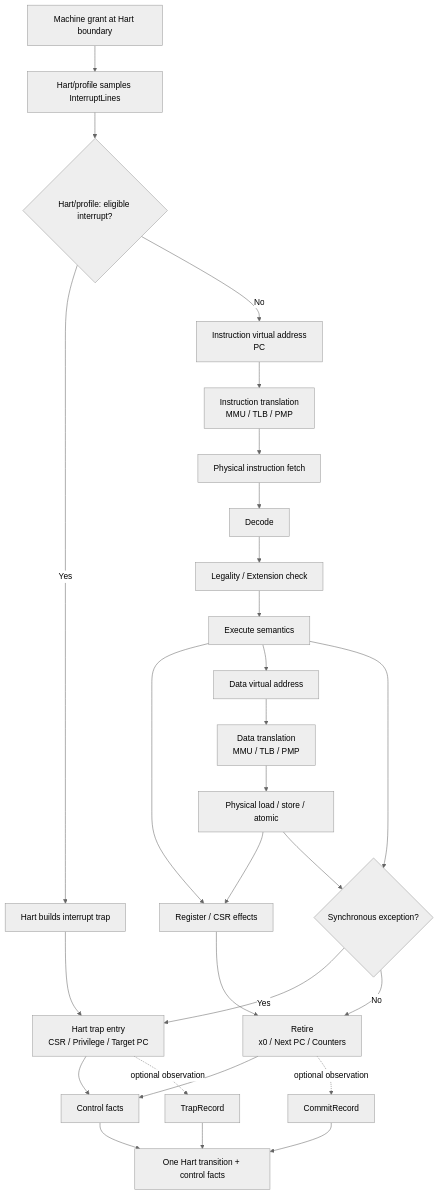
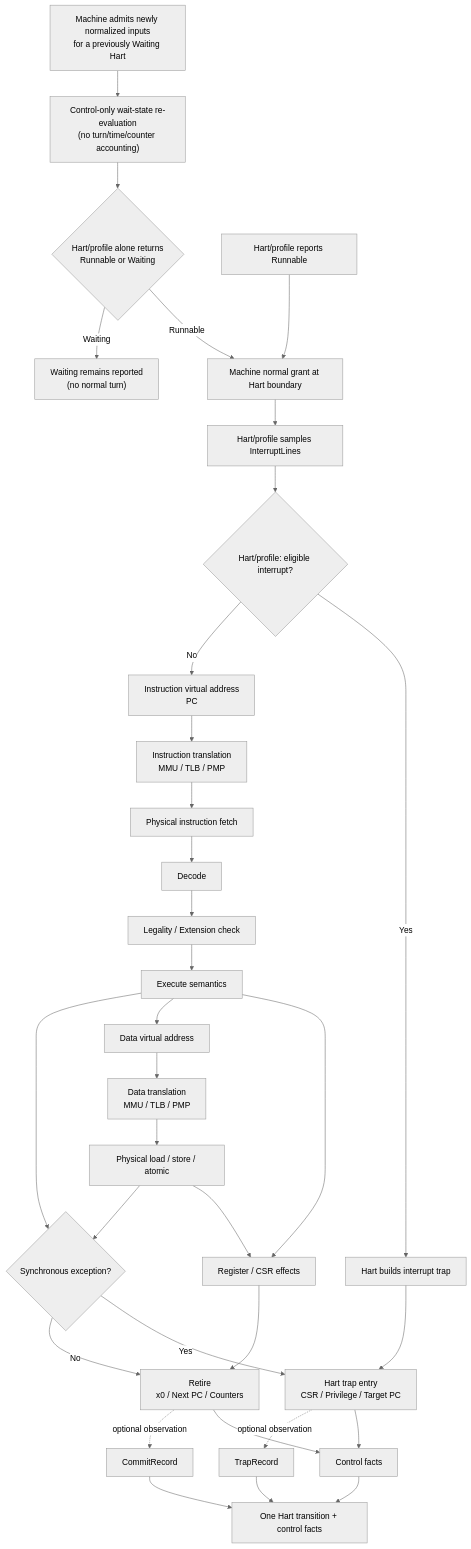
One commit to mimiqdev/ruscv-sim changed the fourth of 8 diagrams in docs/architecture/README.md. Above: the diagram before and after it, drawn with Mermaid (neutral theme). The commit also changed other lines of this file and 3 other files, not shown here.

Commit message:
docs(architecture): define waiting-state re-evaluation grant

````diff
--- a/docs/architecture/README.md
+++ b/docs/architecture/README.md
@@ -147,33 +147,39 @@
 ```mermaid
 flowchart TB
-    ENTRY["Machine grant at Hart boundary"] --> SAMPLE["Hart/profile samples InterruptLines"]
+    WAITINPUT["Machine admits newly normalized inputs<br/>for a previously Waiting Hart"] --> REEVAL["Control-only wait-state re-evaluation<br/>(no turn/time/counter accounting)"]
+    REEVAL --> WAITRESULT{"Hart/profile alone returns<br/>Runnable or Waiting"}
+    WAITRESULT -- Runnable --> ENTRY["Machine normal grant at Hart boundary"]
+    WAITRESULT -- Waiting --> STILLWAIT["Waiting remains reported<br/>(no normal turn)"]
+    RUNNABLE["Hart/profile reports Runnable"] --> ENTRY
+
+    ENTRY --> SAMPLE["Hart/profile samples InterruptLines"]
     SAMPLE --> PENDING{"Hart/profile: eligible interrupt?"}
     PENDING -- Yes --> INTR["Hart builds interrupt trap"]
     INTR --> TRAP["Hart trap entry<br/>CSR / Privilege / Target PC"]
 
     PENDING -- No --> FETCHVA["Instruction virtual address<br/>PC"]
     FETCHVA --> IMMU["Instruction translation<br/>MMU / TLB / PMP"]
     IMMU --> FETCHPA["Physical instruction fetch"]
     FETCHPA --> DECODE["Decode"]
     DECODE --> CHECK["Legality / Extension check"]
     CHECK --> EXEC["Execute semantics"]
 
     EXEC --> REG["Register / CSR effects"]
     EXEC --> MEMVA["Data virtual address"]
     MEMVA --> DMMU["Data translation<br/>MMU / TLB / PMP"]
     DMMU --> MEMPA["Physical load / store / atomic"]
     MEMPA --> REG
 
     EXEC --> EXCEPTION{"Synchronous exception?"}
     MEMPA --> EXCEPTION
     EXCEPTION -- Yes --> TRAP
     EXCEPTION -- No --> RETIRE["Retire<br/>x0 / Next PC / Counters"]
     REG --> RETIRE
     RETIRE --> CTRL["Control facts"]
     TRAP --> CTRL
     RETIRE -. optional observation .-> COMMIT["CommitRecord"]
     TRAP -. optional observation .-> TRAPREC["TrapRecord"]
     CTRL --> OUT["One Hart transition + control facts"]
     COMMIT --> OUT
     TRAPREC --> OUT
 ```
````
